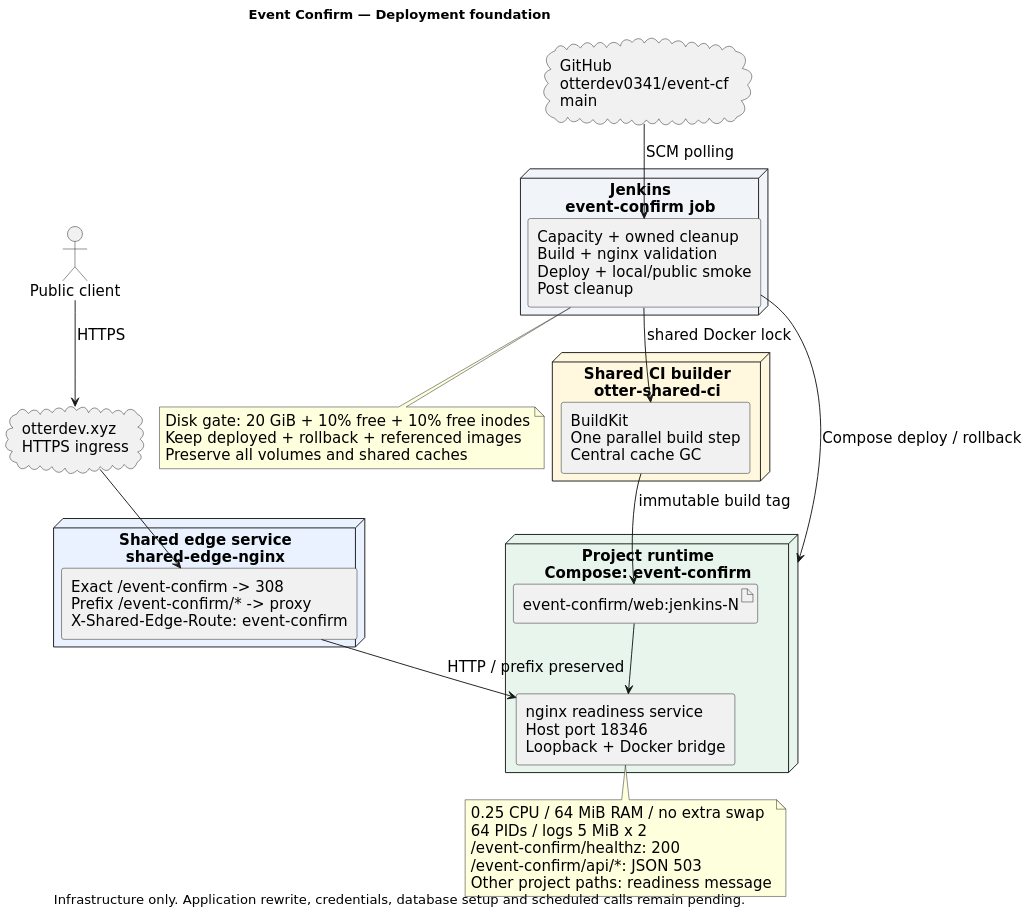
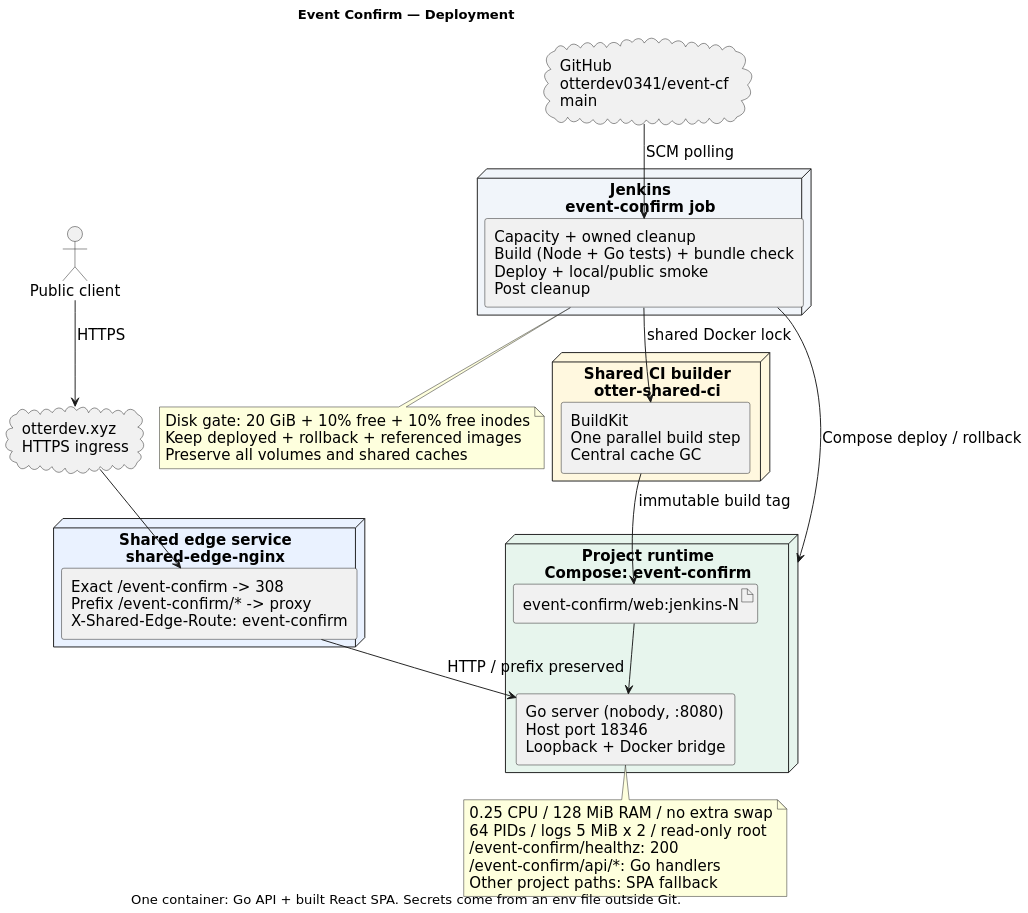
One commit to otterdev0341/event-cf changed the diagram in docs/diagrams/deployment-foundation.puml. Above: the diagram before and after it, drawn with PlantUML. The commit also changed 101 other files, not shown here.

First line of the commit message:
Replace Node/Vercel backend with Go server under /event-confirm/

```diff
--- a/docs/diagrams/deployment-foundation.puml
+++ b/docs/diagrams/deployment-foundation.puml
@@ -1,49 +1,49 @@
 @startuml
 !pragma layout smetana
 skinparam backgroundColor #FFFFFF
 skinparam shadowing false
 skinparam defaultFontName DejaVu Sans
 skinparam defaultFontSize 16
 skinparam dpi 150
 skinparam componentStyle rectangle
 top to bottom direction
-title Event Confirm — Deployment foundation
-caption Infrastructure only. Application rewrite, credentials, database setup and scheduled calls remain pending.
+title Event Confirm — Deployment
+caption One container: Go API + built React SPA. Secrets come from an env file outside Git.
 
 actor "Public client" as User
 cloud "otterdev.xyz\nHTTPS ingress" as Public
 node "Shared edge service\nshared-edge-nginx" as Edge #EAF2FF {
   component "Exact /event-confirm -> 308\nPrefix /event-confirm/* -> proxy\nX-Shared-Edge-Route: event-confirm" as Route
 }
 node "Project runtime\nCompose: event-confirm" as Runtime #E7F5ED {
-  component "nginx readiness service\nHost port 18346\nLoopback + Docker bridge" as Nginx
+  component "Go server (nobody, :8080)\nHost port 18346\nLoopback + Docker bridge" as Nginx
   artifact "event-confirm/web:jenkins-N" as Image
 }
 cloud "GitHub\notterdev0341/event-cf\nmain" as Git
 node "Jenkins\nevent-confirm job" as CI #F1F5FA {
-  component "Capacity + owned cleanup\nBuild + nginx validation\nDeploy + local/public smoke\nPost cleanup" as Pipeline
+  component "Capacity + owned cleanup\nBuild (Node + Go tests) + bundle check\nDeploy + local/public smoke\nPost cleanup" as Pipeline
 }
 node "Shared CI builder\notter-shared-ci" as Builder #FFF8DF {
   component "BuildKit\nOne parallel build step\nCentral cache GC" as BuildKit
 }
 User --> Public : HTTPS
 Public --> Route
 Route --> Nginx : HTTP / prefix preserved
 Git --> Pipeline : SCM polling
 Pipeline --> BuildKit : shared Docker lock
 BuildKit --> Image : immutable build tag
 Pipeline --> Runtime : Compose deploy / rollback
 Image --> Nginx
 note bottom of Nginx
-  0.25 CPU / 64 MiB RAM / no extra swap
-  64 PIDs / logs 5 MiB x 2
+  0.25 CPU / 128 MiB RAM / no extra swap
+  64 PIDs / logs 5 MiB x 2 / read-only root
   /event-confirm/healthz: 200
-  /event-confirm/api/*: JSON 503
-  Other project paths: readiness message
+  /event-confirm/api/*: Go handlers
+  Other project paths: SPA fallback
 end note
 note bottom of Pipeline
   Disk gate: 20 GiB + 10% free + 10% free inodes
   Keep deployed + rollback + referenced images
   Preserve all volumes and shared caches
 end note
 @enduml
```
